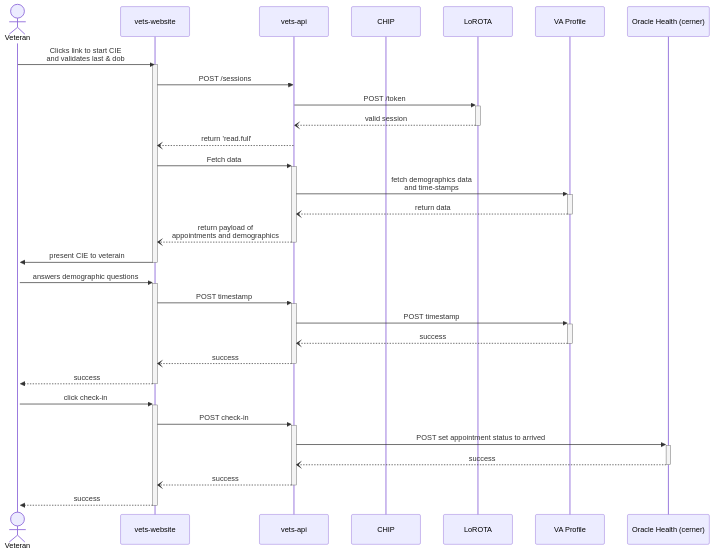
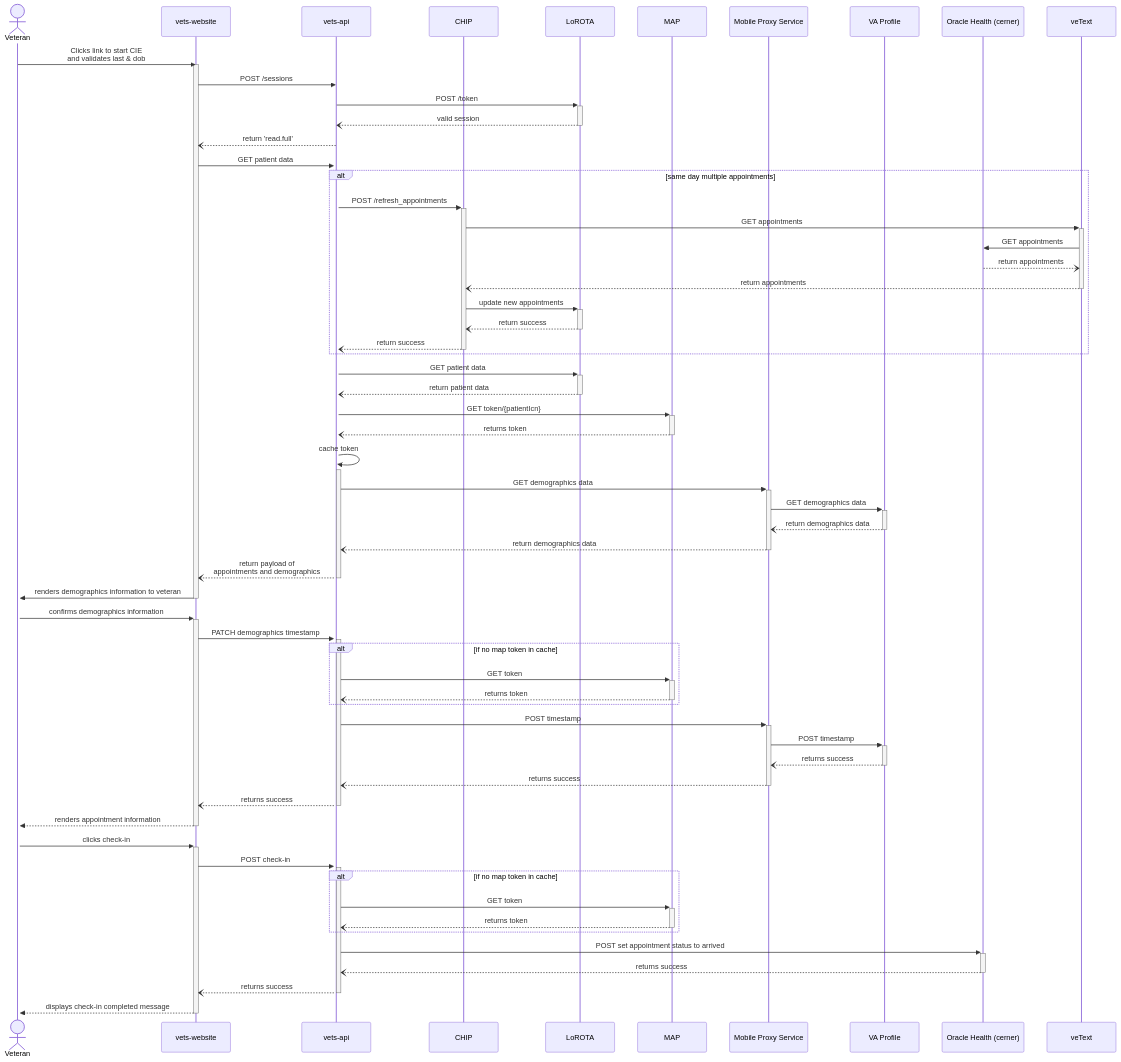
Before and after one commit to department-of-veterans-affairs/va.gov-team: the second of 2 diagrams in products/health-care/checkin/engineering/oracle-health-cerner-integration.md, drawn with Mermaid.

Commit message:
Updating squence diagram

````diff
--- a/products/health-care/checkin/engineering/oracle-health-cerner-integration.md
+++ b/products/health-care/checkin/engineering/oracle-health-cerner-integration.md
@@ -47,34 +47,63 @@
 ```mermaid
 sequenceDiagram
     actor vet as Veteran
     participant web as vets-website
     participant api as vets-api
     participant ch as CHIP
     participant l as LoROTA
-    participant po as VA Profile
+    participant map as MAP
+    participant proxy as Mobile Proxy Service
+    participant pro as VA Profile
     participant ce as Oracle Health (cerner)
         vet->>web: Clicks link to start CIE <br> and validates last & dob
         activate web
         web->>api: POST /sessions
         api->>+l: POST /token
         l--)-api: valid session
         api--)web: return 'read.full'
-        web->>+api: Fetch data
-        api->>+po: fetch demographics data <br> and time-stamps
-        po--)-api: return data
+        web->>+api: GET patient data
+        alt same day multiple appointments
+            api->>+ch: POST /refresh_appointments
+            ch->>+veText: GET appointments
+            veText->>ce: GET appointments
+            ce--)veText: return appointments
+            veText--)-ch: return appointments
+            ch->>+l: update new appointments
+            l--)-ch: return success
+            ch--)-api: return success
+        end
+        api->>+l: GET patient data
+        l--)-api: return patient data
+        api->>+map: GET token/{patientIcn}
+        map--)-api: returns token
+        api->>+api: cache token
+        api->>+proxy: GET demographics data
+        proxy->>+pro: GET demographics data
+        pro--)-proxy: return demographics data
+        proxy--)-api: return demographics data
         api--)-web: return payload of <br> appointments and demographics
-        web->>+vet: present CIE to veterain
+        web->>+vet: renders demographics information to veteran
         deactivate web
-        vet->>+web: answers demographic questions
-        web->>+api: POST timestamp
-        api->>+po: POST timestamp
-        po--)-api: success
-        api--)-web: success
-        web-->>-vet: success
-        vet->>+web: click check-in
+        vet->>+web: confirms demographics information
+        web->>+api: PATCH demographics timestamp
+        alt if no map token in cache
+            api->>+map: GET token
+            map--)-api: returns token
+        end
+        api->>+proxy: POST timestamp
+        proxy->>+pro: POST timestamp
+        pro--)-proxy: returns success
+        proxy--)-api: returns success
+        api--)-web: returns success
+        web-->>-vet: renders appointment information
+        vet->>+web: clicks check-in
         web->>+api: POST check-in
+        alt if no map token in cache
+            api->>+map: GET token
+            map--)-api: returns token
+        end
         api->>+ce: POST set appointment status to arrived
-        ce--)-api: success
-        api--)-web: success
-        web-->>-vet: success
+        ce--)-api: returns success
+        api--)-web: returns success
+        web-->>-vet: displays check-in completed message
 ```
````
